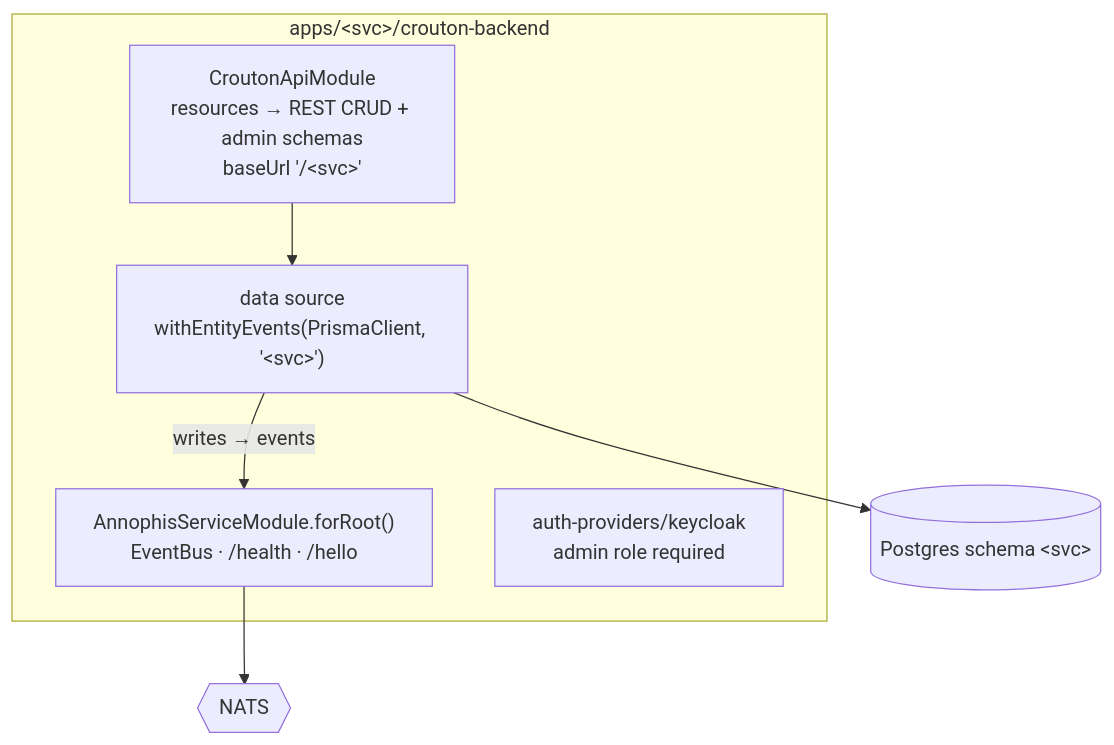
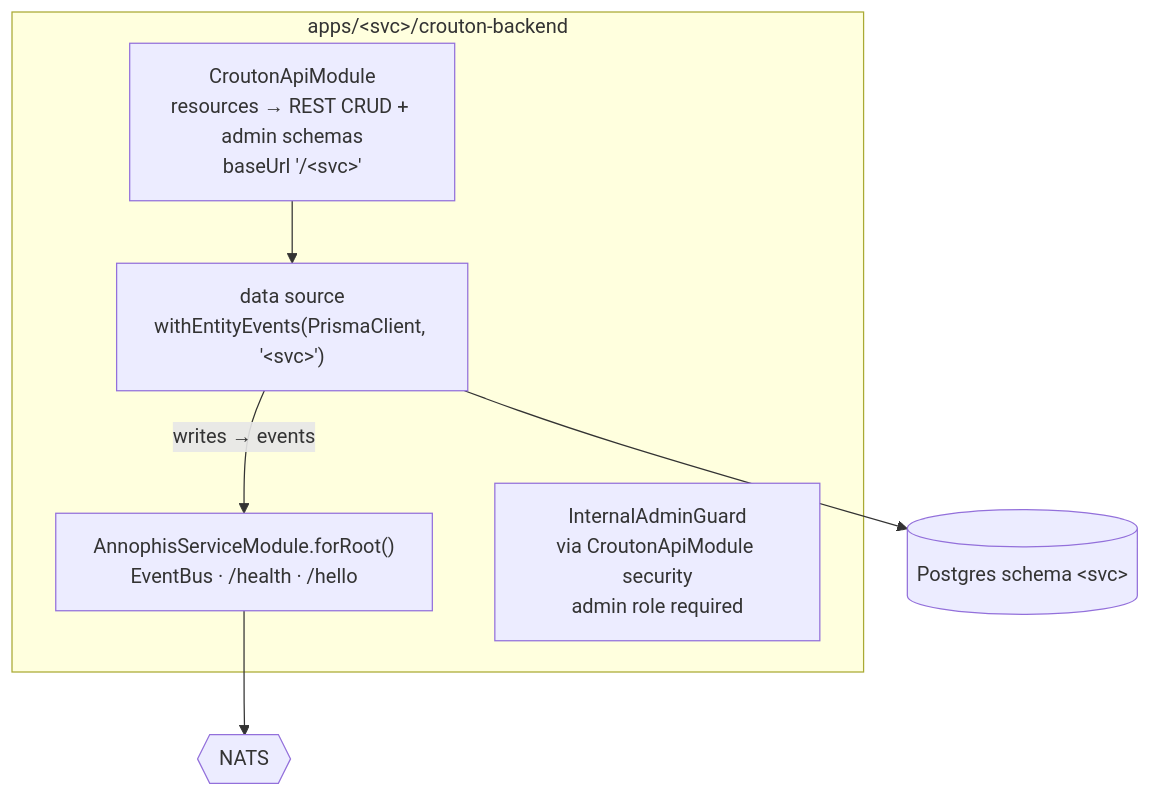
Before and after one commit to GhentCDH/annophis: the second of 3 diagrams in docs/architecture.md, drawn with Mermaid. The commit also changed other lines of this file and 52 other files, not shown here.

First line of the commit message:
feat(auth): replace per-service auth providers with internal admin guard (#20)

````diff
--- a/docs/architecture.md
+++ b/docs/architecture.md
@@ -50,13 +50,13 @@
 ```mermaid
 flowchart TB
   subgraph backend["apps/#lt;svc#gt;/crouton-backend"]
     crouton["CroutonApiModule<br/>resources → REST CRUD + admin schemas<br/>baseUrl '/#lt;svc#gt;'"]
     kit["AnnophisServiceModule.forRoot()<br/>EventBus · /health · /hello"]
     ds["data source<br/>withEntityEvents(PrismaClient, '#lt;svc#gt;')"]
-    auth["auth-providers/keycloak<br/>admin role required"]
+    auth["InternalAdminGuard<br/>via CroutonApiModule security<br/>admin role required"]
   end
   crouton --> ds
   ds -->|"writes → events"| kit
   ds --> pg[("Postgres schema #lt;svc#gt;")]
   kit --> nats{{NATS}}
 ```
````
